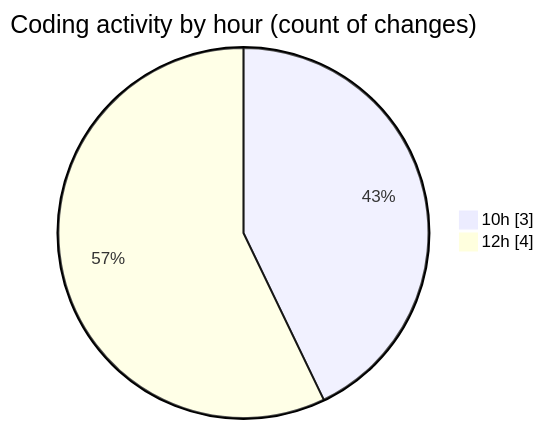
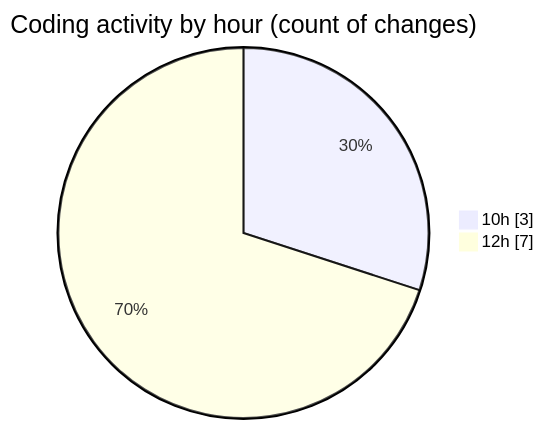
One commit to nxtqubesakshisongat/code-tracking changed the second of 2 diagrams in 2025-05-27/nxtqube_webapp/README.md. Above: the diagram before and after it, drawn with Mermaid. The commit also changed other lines of this file and 1 other file, not shown here.

````diff
--- a/2025-05-27/nxtqube_webapp/README.md
+++ b/2025-05-27/nxtqube_webapp/README.md
@@ -29,6 +29,6 @@
 ```mermaid
 pie showData
 title Coding activity by hour (count of changes)
 "10h" : 3
-"12h" : 4
+"12h" : 7
 ```
````
